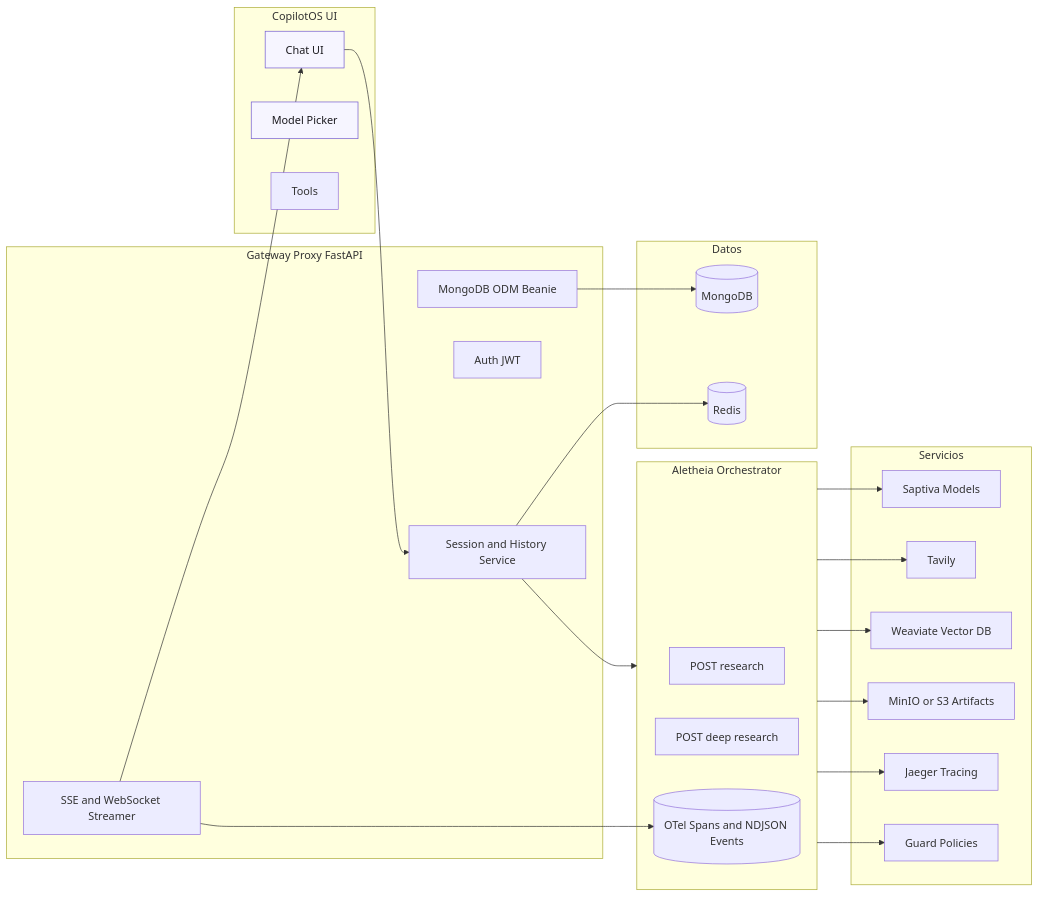
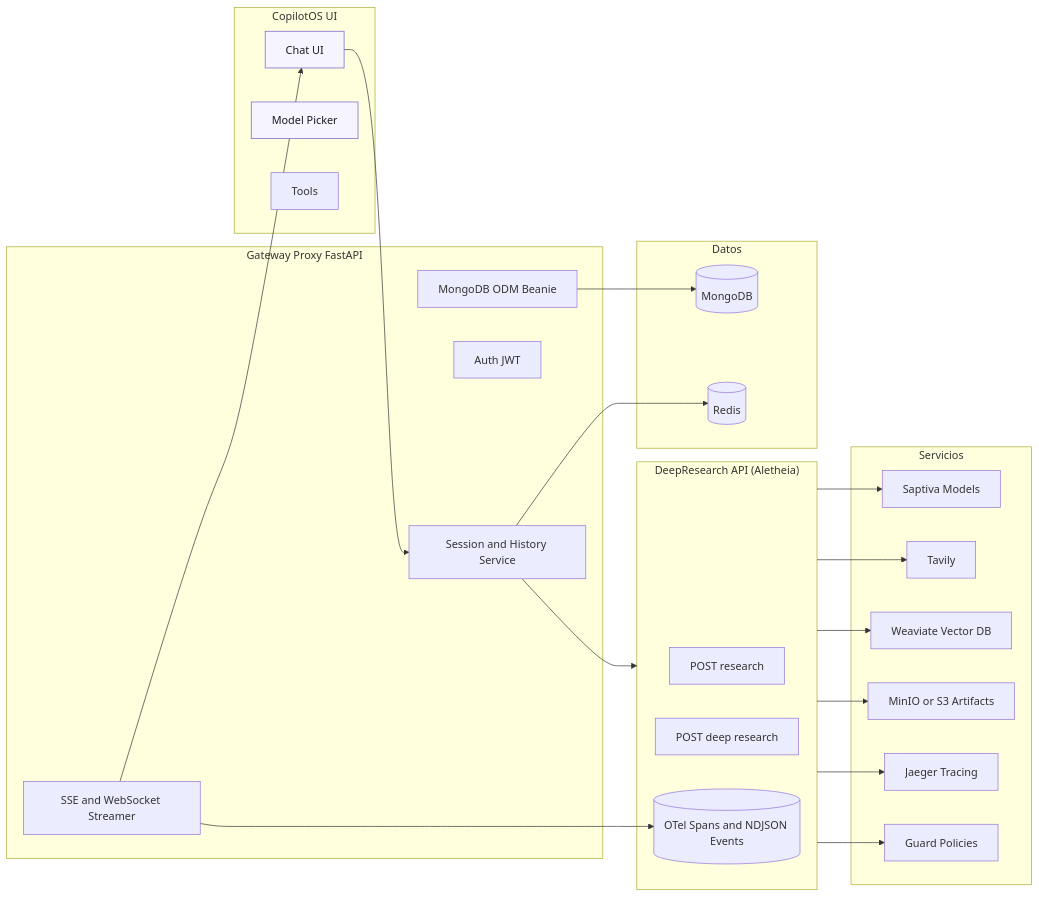
Before and after one commit to saptiva-ai/copilotos-bridge: the diagram in README.md, drawn with Mermaid.

Commit message:
Deep Research Client

````diff
--- a/README.md
+++ b/README.md
@@ -35,56 +35,56 @@
 ```mermaid
 flowchart LR
   %% --- STYLE FIRST (para motores viejos) ---
   classDef ui fill:#f6f5ff,stroke:#6e56cf,stroke-width:1px,color:#1b1a1f;
 
   %% --- SUBGRAPHS SIMPLIFICADOS ---
   subgraph UI ["CopilotOS UI"]
     C[Chat UI]:::ui
     M[Model Picker]:::ui
     T[Tools]
   end
 
   subgraph API ["Gateway Proxy FastAPI"]
     S[Session and History Service]
     E[SSE and WebSocket Streamer]
     A[Auth JWT]
     DB[MongoDB ODM Beanie]
   end
 
-  subgraph ORCH ["Aletheia Orchestrator"]
+  subgraph ORCH ["DeepResearch API (Aletheia)"]
     R1[POST research]
     R2[POST deep research]
     TR[(OTel Spans and NDJSON Events)]
   end
 
   subgraph SVCS ["Servicios"]
     SA[Saptiva Models]
     TA[Tavily]
     WV[Weaviate Vector DB]
     MI[MinIO or S3 Artifacts]
     JG[Jaeger Tracing]
     GD[Guard Policies]
   end
 
   subgraph DATA ["Datos"]
     MG[(MongoDB)]
     RD[(Redis)]
   end
 
   %% --- FLUJOS SIN LABELS ---
   C --> S
   S --> ORCH
 
   DB --> MG
   S  --> RD
 
   ORCH --> SA
   ORCH --> TA
   ORCH --> WV
   ORCH --> MI
   ORCH --> JG
   ORCH --> GD
 
   E --> C
   E --> TR
 ```
````
